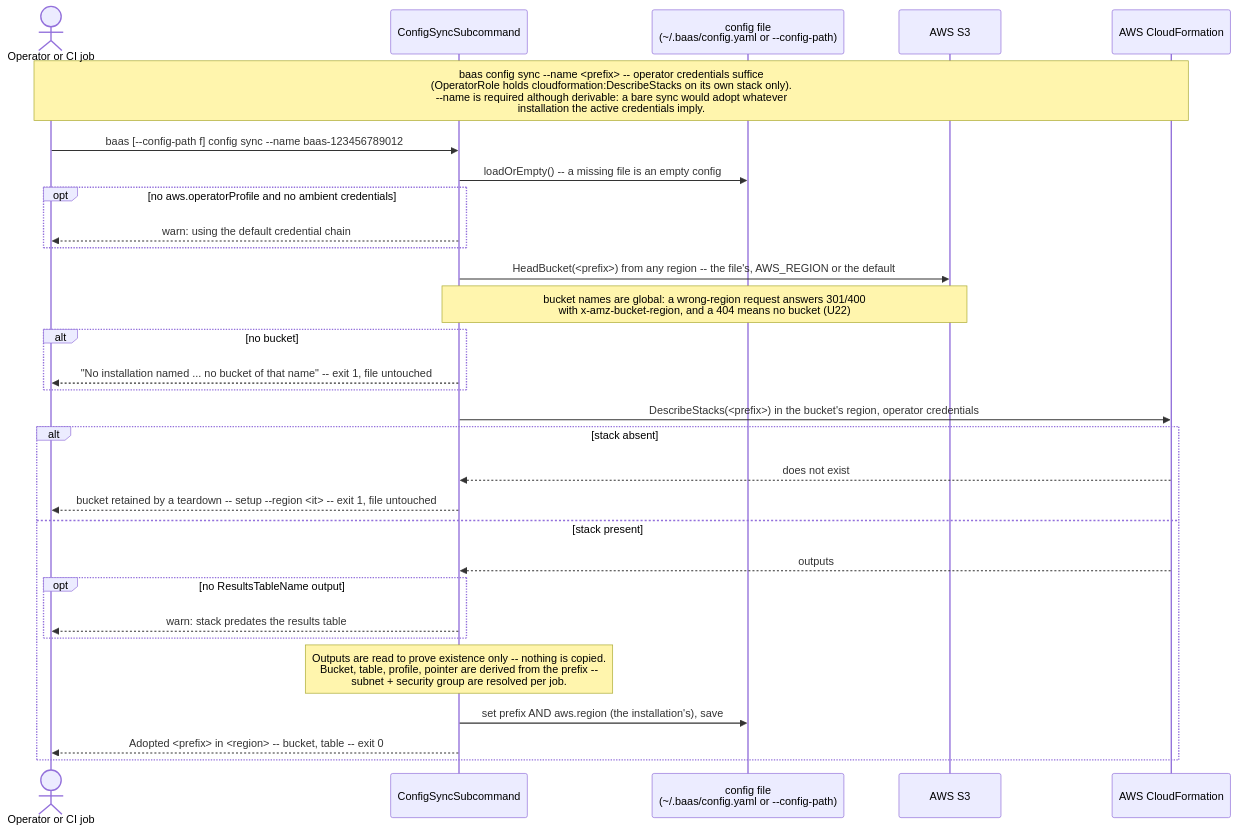
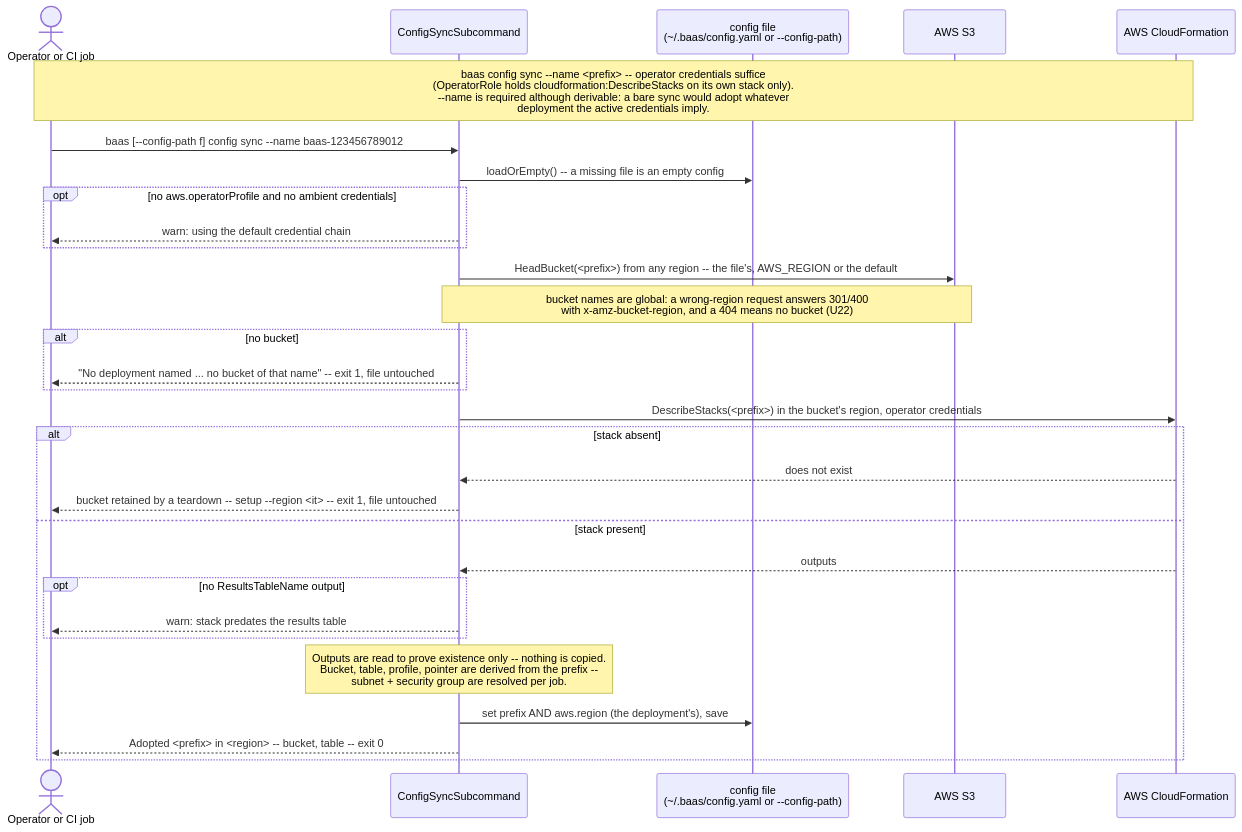
One commit to wsztajerowski/benchmark-as-a-service changed the diagram in docs/diagrams/baas-config-sync.mmd. Above: the diagram before and after it, drawn with Mermaid. The commit also changed 58 other files, not shown here.

First line of the commit message:
refactor(cli): call a BaaS installation a deployment

```diff
--- a/docs/diagrams/baas-config-sync.mmd
+++ b/docs/diagrams/baas-config-sync.mmd
@@ -1,31 +1,31 @@
 sequenceDiagram
     actor User as Operator or CI job
     participant CS as ConfigSyncSubcommand
     participant CFG as config file<br/>(~/.baas/config.yaml or --config-path)
     participant S3 as AWS S3
     participant CF as AWS CloudFormation
 
-    Note over User,CF: baas config sync --name <prefix> -- operator credentials suffice<br/>(OperatorRole holds cloudformation:DescribeStacks on its own stack only).<br/>--name is required although derivable: a bare sync would adopt whatever<br/>installation the active credentials imply.
+    Note over User,CF: baas config sync --name <prefix> -- operator credentials suffice<br/>(OperatorRole holds cloudformation:DescribeStacks on its own stack only).<br/>--name is required although derivable: a bare sync would adopt whatever<br/>deployment the active credentials imply.
     User->>CS: baas [--config-path f] config sync --name baas-123456789012
     CS->>CFG: loadOrEmpty() -- a missing file is an empty config
     opt no aws.operatorProfile and no ambient credentials
         CS-->>User: warn: using the default credential chain
     end
     CS->>S3: HeadBucket(<prefix>) from any region -- the file's, AWS_REGION or the default
     Note over CS,S3: bucket names are global: a wrong-region request answers 301/400<br/>with x-amz-bucket-region, and a 404 means no bucket (U22)
     alt no bucket
-        CS-->>User: "No installation named ... no bucket of that name" -- exit 1, file untouched
+        CS-->>User: "No deployment named ... no bucket of that name" -- exit 1, file untouched
     end
     CS->>CF: DescribeStacks(<prefix>) in the bucket's region, operator credentials
     alt stack absent
         CF-->>CS: does not exist
         CS-->>User: bucket retained by a teardown -- setup --region <it> -- exit 1, file untouched
     else stack present
         CF-->>CS: outputs
         opt no ResultsTableName output
             CS-->>User: warn: stack predates the results table
         end
         Note over CS: Outputs are read to prove existence only -- nothing is copied.<br/>Bucket, table, profile, pointer are derived from the prefix --<br/>subnet + security group are resolved per job.
-        CS->>CFG: set prefix AND aws.region (the installation's), save
+        CS->>CFG: set prefix AND aws.region (the deployment's), save
         CS-->>User: Adopted <prefix> in <region> -- bucket, table -- exit 0
     end
```
